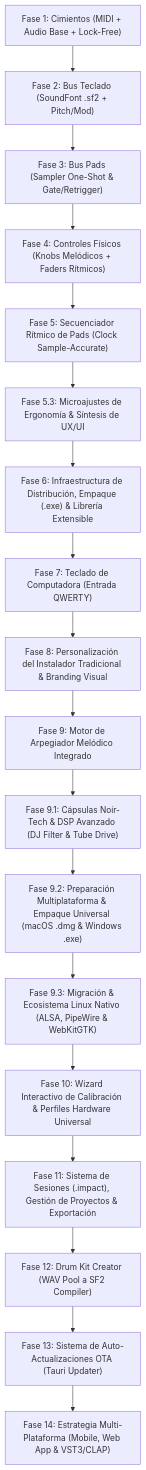
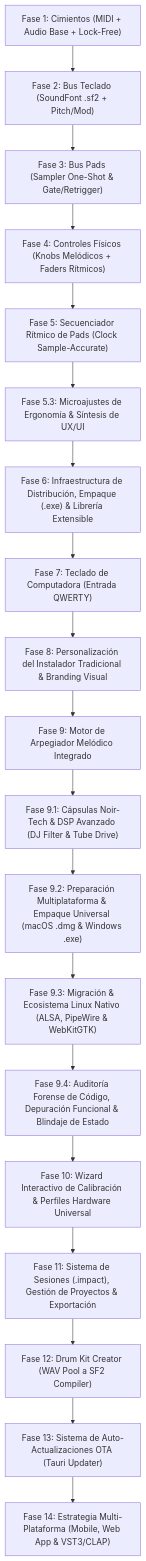
Before and after one commit to Vladivostok214/ImpactSamplerStudio: the diagram in PLAN_DE_TRABAJO.md, drawn with Mermaid. The commit also changed other lines of this file and 9 other files, not shown here.

Commit message:
fix(audio): complete phase 9.4 sequencer and MIDI fixes

````diff
--- a/PLAN_DE_TRABAJO.md
+++ b/PLAN_DE_TRABAJO.md
@@ -9,20 +9,21 @@
 ```mermaid
 flowchart TD
     F1["Fase 1: Cimientos (MIDI + Audio Base + Lock-Free)"] --> F2["Fase 2: Bus Teclado (SoundFont .sf2 + Pitch/Mod)"]
     F2 --> F3["Fase 3: Bus Pads (Sampler One-Shot & Gate/Retrigger)"]
     F3 --> F4["Fase 4: Controles Físicos (Knobs Melódicos + Faders Rítmicos)"]
     F4 --> F5["Fase 5: Secuenciador Rítmico de Pads (Clock Sample-Accurate)"]
     F5 --> F53["Fase 5.3: Microajustes de Ergonomía & Síntesis de UX/UI"]
     F53 --> F6["Fase 6: Infraestructura de Distribución, Empaque (.exe) & Librería Extensible"]
     F6 --> F7["Fase 7: Teclado de Computadora (Entrada QWERTY)"]
     F7 --> F8["Fase 8: Personalización del Instalador Tradicional & Branding Visual"]
     F8 --> F9["Fase 9: Motor de Arpegiador Melódico Integrado"]
     F9 --> F91["Fase 9.1: Cápsulas Noir-Tech & DSP Avanzado (DJ Filter & Tube Drive)"]
     F91 --> F92["Fase 9.2: Preparación Multiplataforma & Empaque Universal (macOS .dmg & Windows .exe)"]
     F92 --> F93["Fase 9.3: Migración & Ecosistema Linux Nativo (ALSA, PipeWire & WebKitGTK)"]
-    F93 --> F10["Fase 10: Wizard Interactivo de Calibración & Perfiles Hardware Universal"]
+    F93 --> F94["Fase 9.4: Auditoría Forense de Código, Depuración Funcional & Blindaje de Estado"]
+    F94 --> F10["Fase 10: Wizard Interactivo de Calibración & Perfiles Hardware Universal"]
     F10 --> F11["Fase 11: Sistema de Sesiones (.impact), Gestión de Proyectos & Exportación"]
     F11 --> F12["Fase 12: Drum Kit Creator (WAV Pool a SF2 Compiler)"]
     F12 --> F13["Fase 13: Sistema de Auto-Actualizaciones OTA (Tauri Updater)"]
     F13 --> F14["Fase 14: Estrategia Multi-Plataforma (Mobile, Web App & VST3/CLAP)"]
 ```
````
